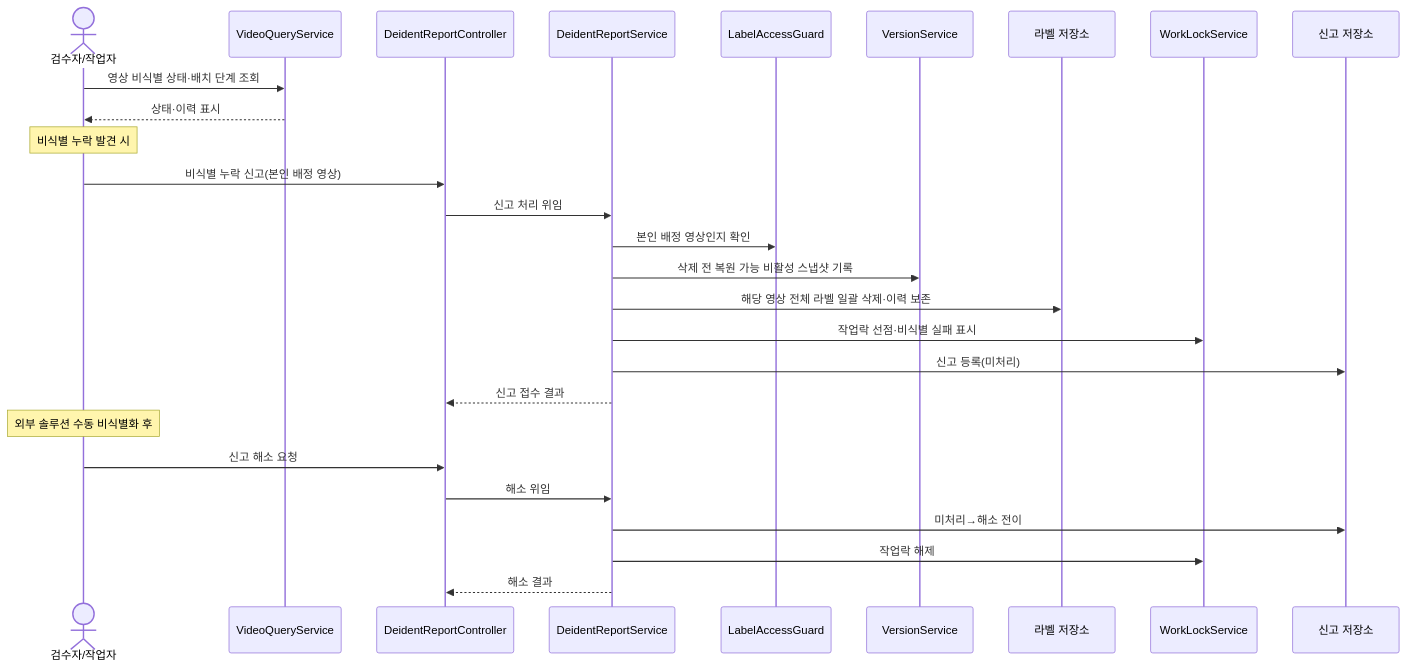
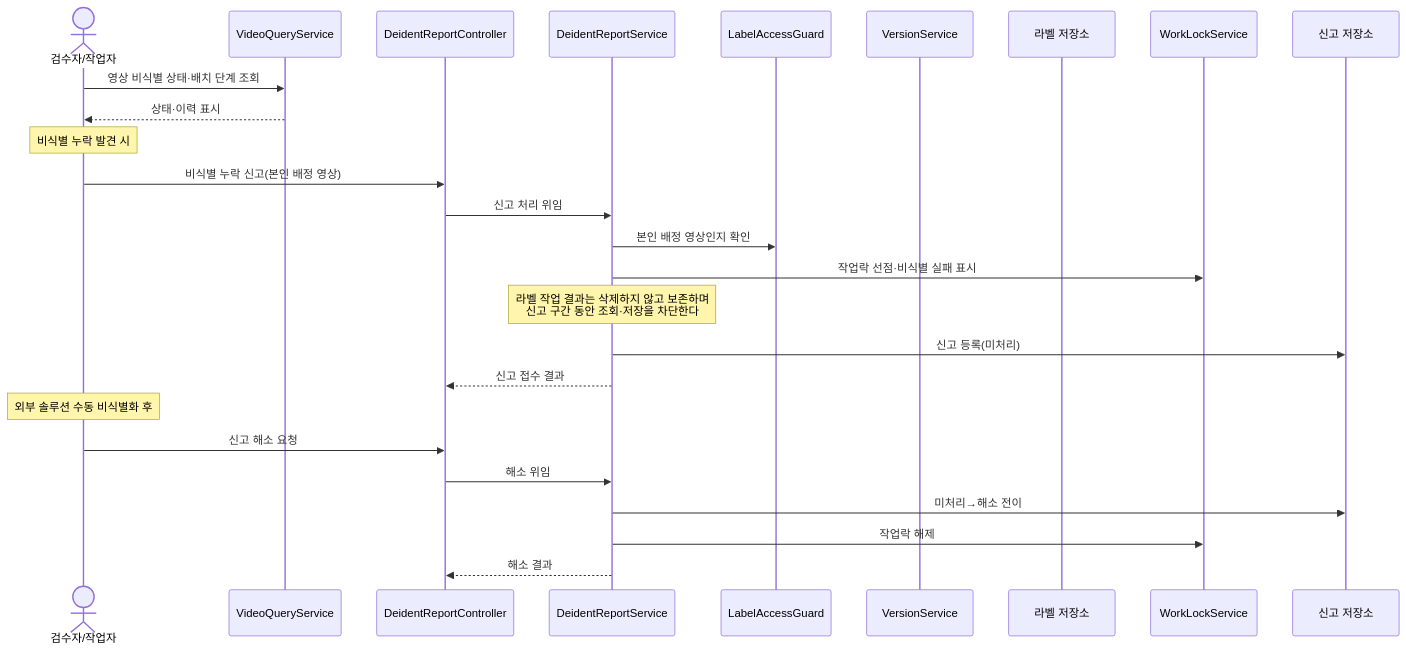
Diagram 13 of 36 in docs/design/D1-클래스설계서.md (New-stella/klid-label), drawn with Mermaid before and after one commit. The commit also changed other lines of this file and 5 other files, not shown here.

````diff
--- a/docs/design/D1-클래스설계서.md
+++ b/docs/design/D1-클래스설계서.md
@@ -594,29 +594,28 @@
 ```mermaid
 sequenceDiagram
     actor U as 검수자/작업자
     participant VC as VideoQueryService
     participant C as DeidentReportController
     participant S as DeidentReportService
     participant G as LabelAccessGuard
     participant VS as VersionService
     participant L as 라벨 저장소
     participant W as WorkLockService
     participant R as 신고 저장소
     U->>VC: 영상 비식별 상태·배치 단계 조회
     VC-->>U: 상태·이력 표시
     Note over U: 비식별 누락 발견 시
     U->>C: 비식별 누락 신고(본인 배정 영상)
     C->>S: 신고 처리 위임
     S->>G: 본인 배정 영상인지 확인
-    S->>VS: 삭제 전 복원 가능 비활성 스냅샷 기록
-    S->>L: 해당 영상 전체 라벨 일괄 삭제·이력 보존
     S->>W: 작업락 선점·비식별 실패 표시
+    Note over S: 라벨 작업 결과는 삭제하지 않고 보존하며<br/>신고 구간 동안 조회·저장을 차단한다
     S->>R: 신고 등록(미처리)
     S-->>C: 신고 접수 결과
     Note over U: 외부 솔루션 수동 비식별화 후
     U->>C: 신고 해소 요청
     C->>S: 해소 위임
     S->>R: 미처리→해소 전이
     S->>W: 작업락 해제
     S-->>C: 해소 결과
 ```
````
